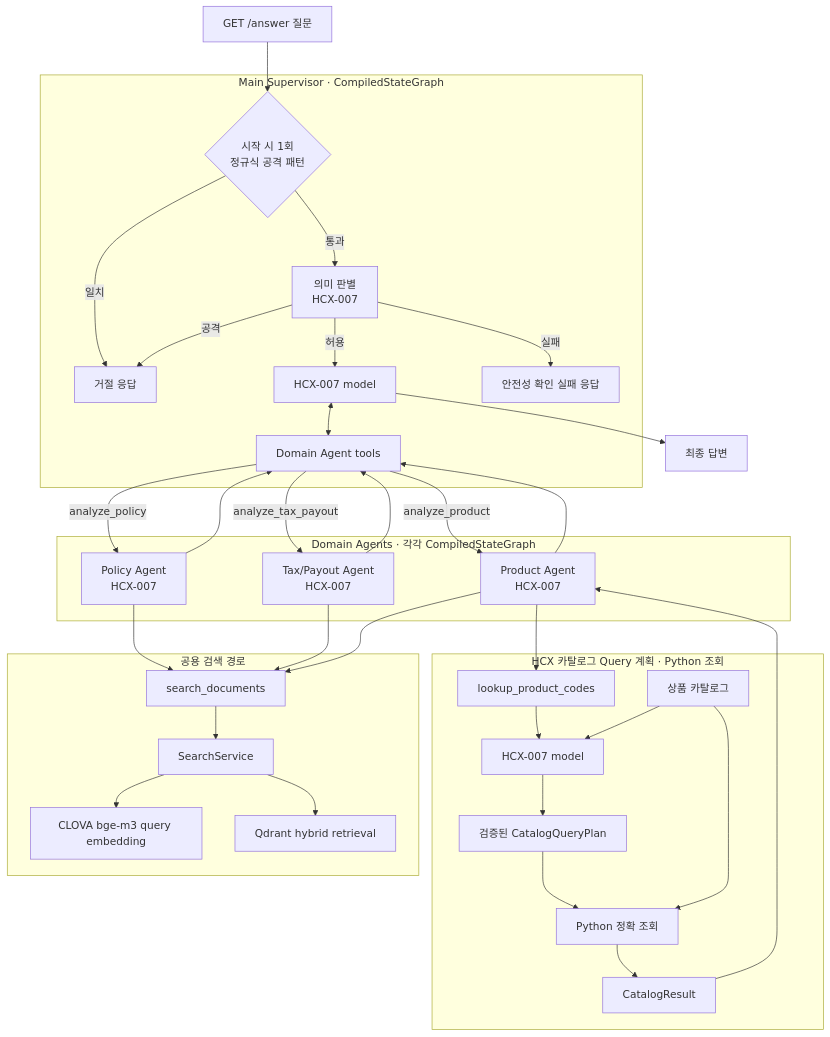
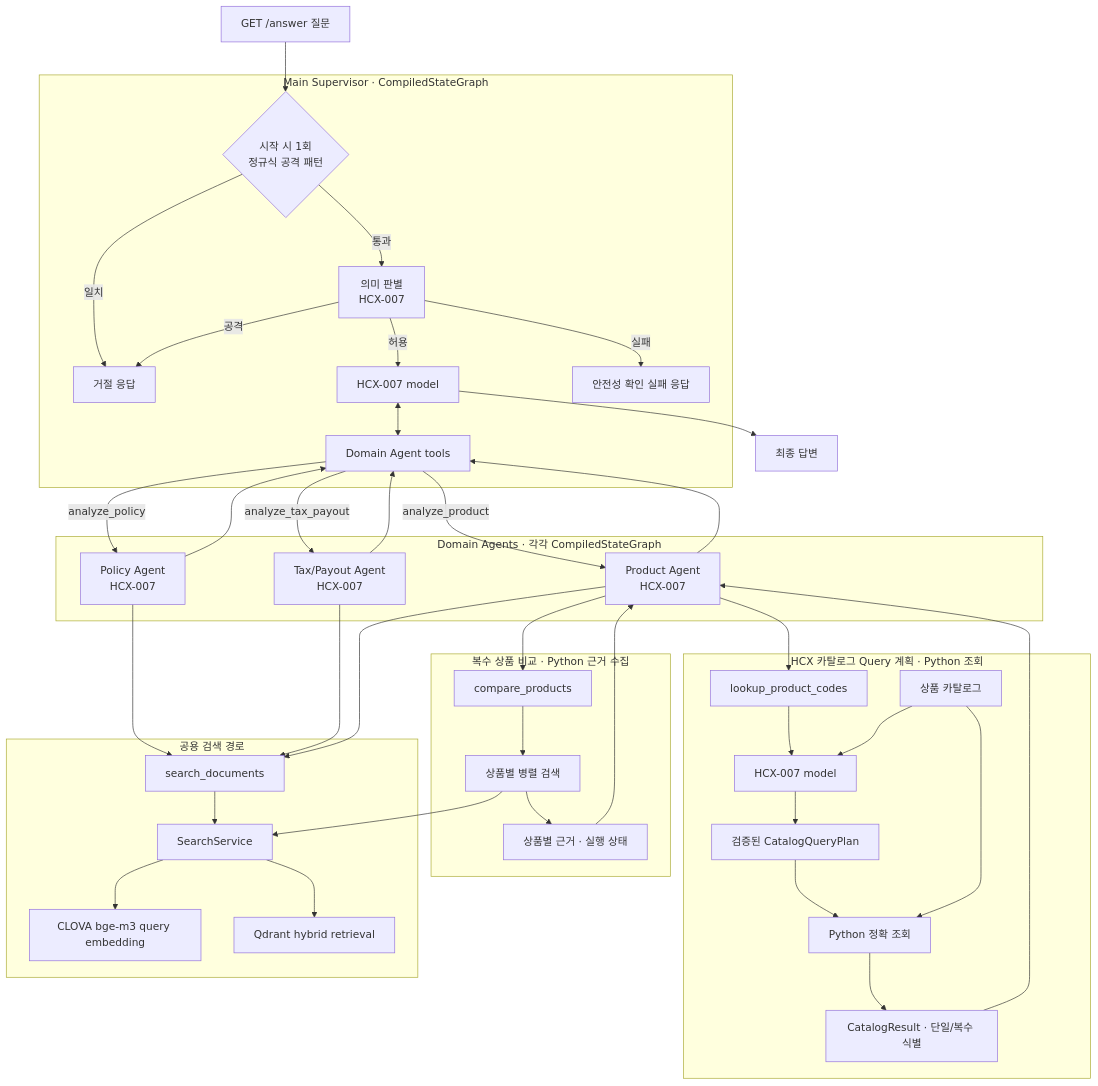
One commit to nayeon653/-ace3 changed the first of 5 diagrams in docs/architecture/agent-graphs.md. Above: the diagram before and after it, drawn with Mermaid. The commit also changed other lines of this file and 13 other files, not shown here.

Commit message:
docs(product): 비교 구현 계약과 실행 예산 및 구조도 반영

````diff
--- a/docs/architecture/agent-graphs.md
+++ b/docs/architecture/agent-graphs.md
@@ -14,49 +14,57 @@
 ```mermaid
 flowchart TB
     question["GET /answer 질문"] --> regex_guard
 
     subgraph main["Main Supervisor · CompiledStateGraph"]
         regex_guard{"시작 시 1회<br/>정규식 공격 패턴"} -->|일치| guard_refusal["거절 응답"]
         regex_guard -->|통과| input_guard["의미 판별<br/>HCX-007"]
         input_guard -->|허용| supervisor
         input_guard -->|공격| guard_refusal
         input_guard -->|실패| guard_unavailable["안전성 확인 실패 응답"]
         supervisor["HCX-007 model"] <--> domain_tools["Domain Agent tools"]
     end
 
     domain_tools -->|analyze_policy| domain_policy
     domain_tools -->|analyze_tax_payout| domain_tax_payout
     domain_tools -->|analyze_product| domain_product
 
     subgraph domains["Domain Agents · 각각 CompiledStateGraph"]
         domain_policy["Policy Agent<br/>HCX-007"]
         domain_tax_payout["Tax/Payout Agent<br/>HCX-007"]
         domain_product["Product Agent<br/>HCX-007"]
     end
 
     domain_policy --> domain_tools
     domain_policy --> search_tools
     domain_tax_payout --> domain_tools
     domain_tax_payout --> search_tools
     domain_product --> domain_tools
     domain_product --> search_tools
 
     subgraph catalog["HCX 카탈로그 Query 계획 · Python 조회"]
         catalog_lookup["lookup_product_codes"] --> catalog_hcx["HCX-007 model"]
         product_catalog["상품 카탈로그"] --> catalog_hcx
         catalog_hcx --> catalog_query["검증된 CatalogQueryPlan"]
         catalog_query --> catalog_execute["Python 정확 조회"]
         product_catalog --> catalog_execute
-        catalog_execute --> catalog_result["CatalogResult"]
+        catalog_execute --> catalog_result["CatalogResult · 단일/복수 식별"]
     end
     domain_product --> catalog_lookup
     catalog_result --> domain_product
+
+    subgraph comparison["복수 상품 비교 · Python 근거 수집"]
+        compare_tool["compare_products"] --> product_searches["상품별 병렬 검색"]
+        product_searches --> comparison_evidence["상품별 근거 · 실행 상태"]
+    end
+    domain_product --> compare_tool
+    comparison_evidence --> domain_product
+    product_searches --> search_service
 
     subgraph search["공용 검색 경로"]
         search_tools["search_documents"] --> search_service["SearchService"]
         search_service --> embedding["CLOVA bge-m3 query embedding"]
         search_service --> qdrant["Qdrant hybrid retrieval"]
     end
 
     supervisor --> answer["최종 답변"]
 ```
````
